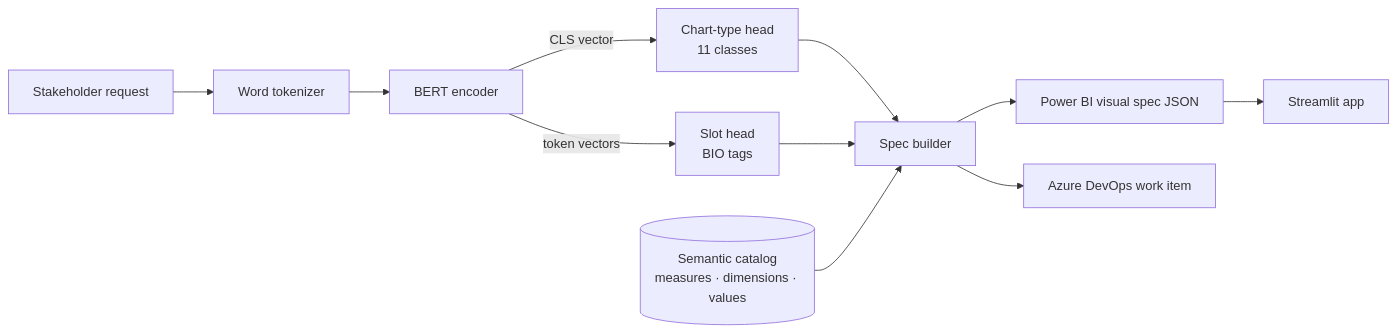
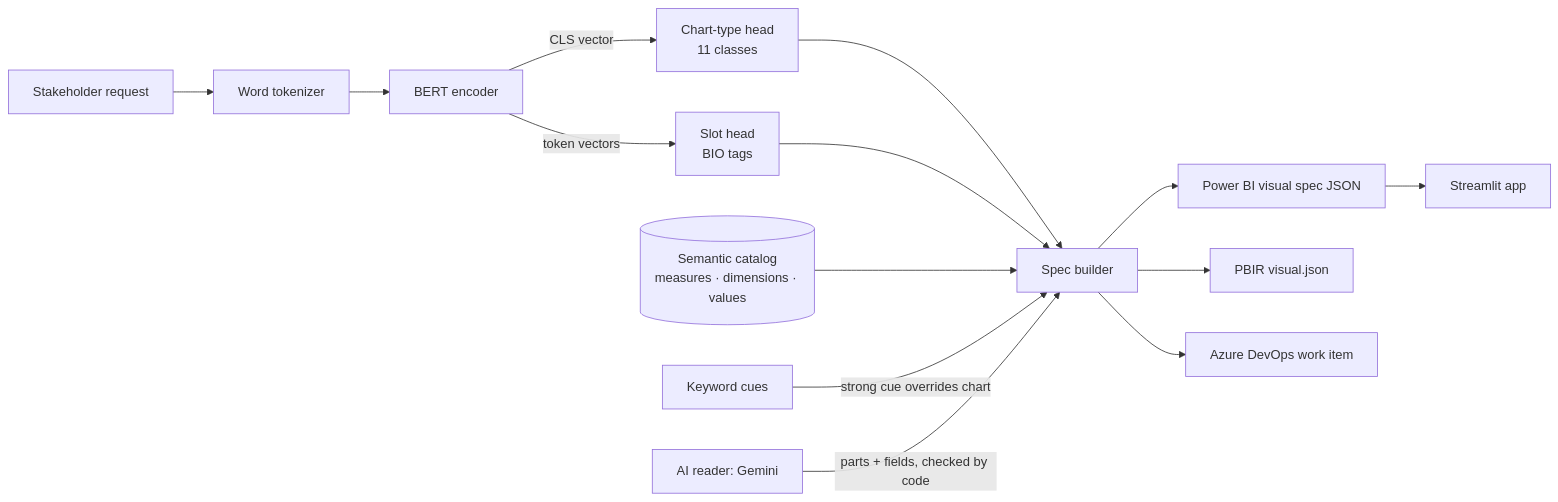
The diagram in README.md (FabcanK6/ivis), drawn with Mermaid before and after one commit. The commit also changed other lines of this file and 15 other files, not shown here.

Commit message:
iVIS v2: hybrid reader, AI reader, own data model, Power BI visual file, accuracy check

````diff
--- a/README.md
+++ b/README.md
@@ -44,13 +49,16 @@
 ```mermaid
 flowchart LR
     A[Stakeholder request] --> B[Word tokenizer]
     B --> C[BERT encoder]
     C -->|CLS vector| D[Chart-type head<br/>11 classes]
     C -->|token vectors| E[Slot head<br/>BIO tags]
     D --> F[Spec builder]
     E --> F
     G[(Semantic catalog<br/>measures · dimensions · values)] --> F
+    K[Keyword cues] -->|strong cue overrides chart| F
+    L[AI reader: Gemini] -->|parts + fields, checked by code| F
     F --> H[Power BI visual spec JSON]
+    F --> M[PBIR visual.json]
     F --> I[Azure DevOps work item]
     H --> J[Streamlit app]
 ```
````
